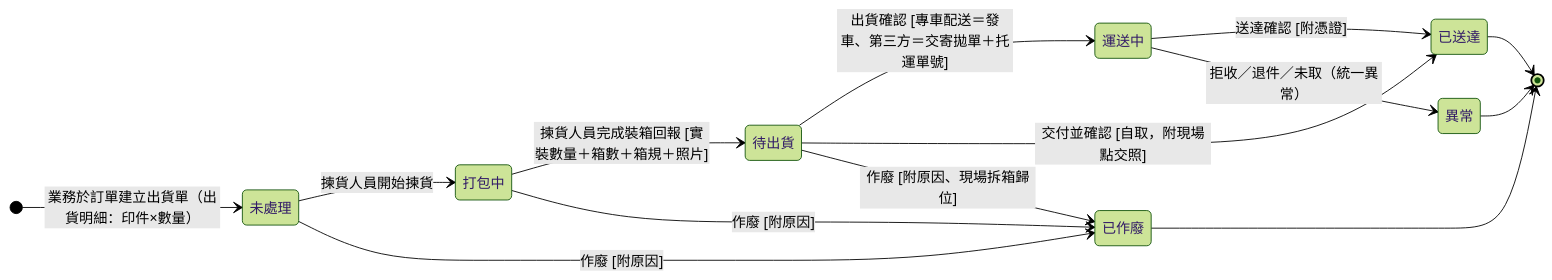
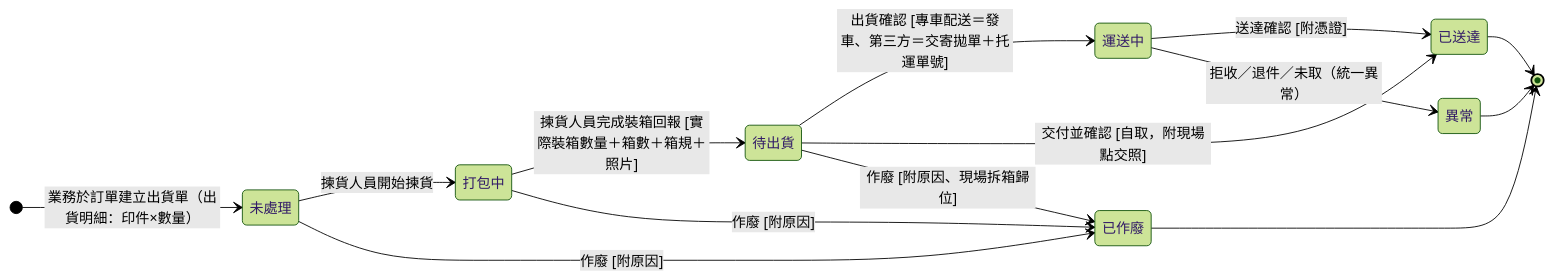
The diagram in memory/Sens_wiki/wiki/erp/06-state-machines/出貨單狀態.md (Kawato-Miles/erp-spec), drawn with Mermaid (forest theme) before and after one commit. The commit also changed other lines of this file and 14 other files, not shown here.

````diff
--- a/memory/Sens_wiki/wiki/erp/06-state-machines/出貨單狀態.md
+++ b/memory/Sens_wiki/wiki/erp/06-state-machines/出貨單狀態.md
@@ -39,28 +39,28 @@
 ```mermaid
 stateDiagram-v2
     direction LR
 
     [*] --> s_pending : 業務於訂單建立出貨單（出貨明細：印件×數量）
 
     state "未處理" as s_pending
     state "打包中" as s_packing
     state "待出貨" as s_packed
     state "運送中" as s_shipping
     state "已送達" as s_arrived
     state "異常" as s_failed
     state "已作廢" as s_void
 
     s_pending --> s_packing : 揀貨人員開始揀貨
-    s_packing --> s_packed : 揀貨人員完成裝箱回報 [實裝數量＋箱數＋箱規＋照片]
+    s_packing --> s_packed : 揀貨人員完成裝箱回報 [實際裝箱數量＋箱數＋箱規＋照片]
     s_packed --> s_shipping : 出貨確認 [專車配送＝發車、第三方＝交寄拋單＋托運單號]
     s_packed --> s_arrived : 交付並確認 [自取，附現場點交照]
     s_shipping --> s_arrived : 送達確認 [附憑證]
     s_shipping --> s_failed : 拒收／退件／未取（統一異常）
     s_pending --> s_void : 作廢 [附原因]
     s_packing --> s_void : 作廢 [附原因]
     s_packed --> s_void : 作廢 [附原因、現場拆箱歸位]
 
     s_arrived --> [*]
     s_failed --> [*]
     s_void --> [*]
 ```
````
